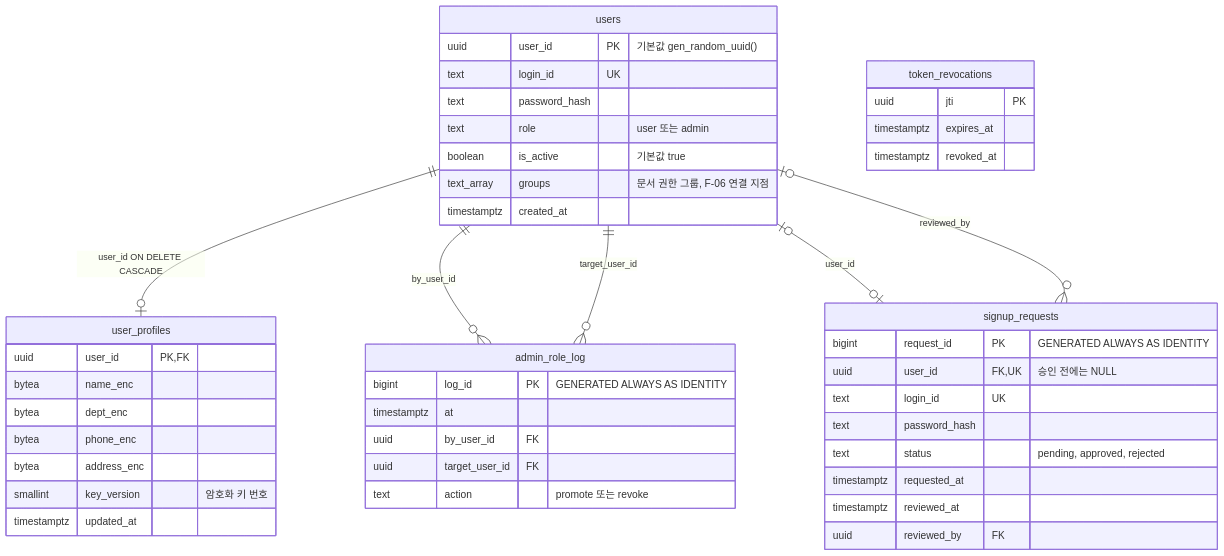
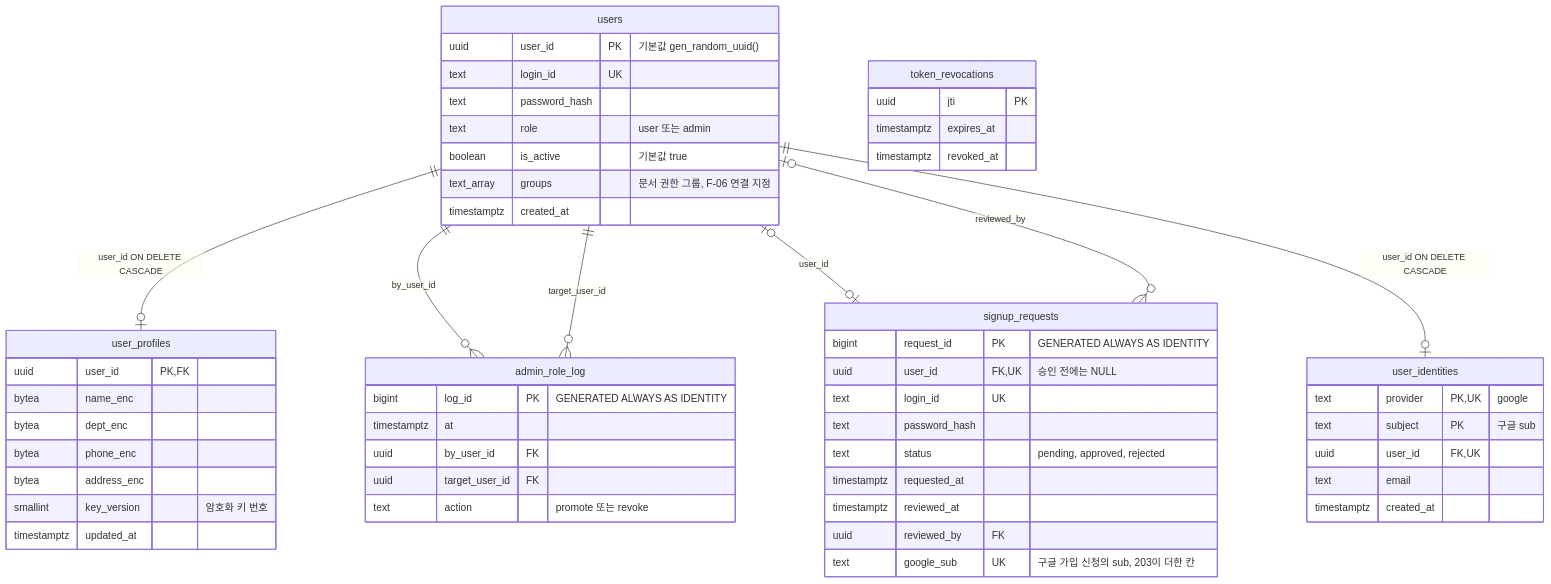
One commit to seungwook-kim/provena changed the second of 8 diagrams in docs/db/ERD.md. Above: the diagram before and after it, drawn with Mermaid. The commit also changed other lines of this file and 16 other files, not shown here.

First line of the commit message:
Google 로그인: 같은 이메일 계정 연결(A 방식), user_identities, 로그인 화면 안내

````diff
--- a/docs/db/ERD.md
+++ b/docs/db/ERD.md
@@ -96,49 +97,58 @@
 ```mermaid
 erDiagram
     users ||--o| user_profiles : "user_id ON DELETE CASCADE"
     users ||--o{ admin_role_log : "by_user_id"
     users ||--o{ admin_role_log : "target_user_id"
     users |o--o| signup_requests : "user_id"
     users |o--o{ signup_requests : "reviewed_by"
+    users ||--o| user_identities : "user_id ON DELETE CASCADE"
 
     users {
         uuid user_id PK "기본값 gen_random_uuid()"
         text login_id UK
         text password_hash
         text role "user 또는 admin"
         boolean is_active "기본값 true"
         text_array groups "문서 권한 그룹, F-06 연결 지점"
         timestamptz created_at
     }
     user_profiles {
         uuid user_id PK, FK
         bytea name_enc
         bytea dept_enc
         bytea phone_enc
         bytea address_enc
         smallint key_version "암호화 키 번호"
         timestamptz updated_at
     }
     admin_role_log {
         bigint log_id PK "GENERATED ALWAYS AS IDENTITY"
         timestamptz at
         uuid by_user_id FK
         uuid target_user_id FK
         text action "promote 또는 revoke"
     }
     signup_requests {
         bigint request_id PK "GENERATED ALWAYS AS IDENTITY"
         uuid user_id FK, UK "승인 전에는 NULL"
         text login_id UK
         text password_hash
         text status "pending, approved, rejected"
         timestamptz requested_at
         timestamptz reviewed_at
         uuid reviewed_by FK
+        text google_sub UK "구글 가입 신청의 sub, 203이 더한 칸"
+    }
+    user_identities {
+        text provider PK, UK "google"
+        text subject PK "구글 sub"
+        uuid user_id FK, UK
+        text email
+        timestamptz created_at
     }
     token_revocations {
         uuid jti PK
         timestamptz expires_at
         timestamptz revoked_at
     }
 ```
````
